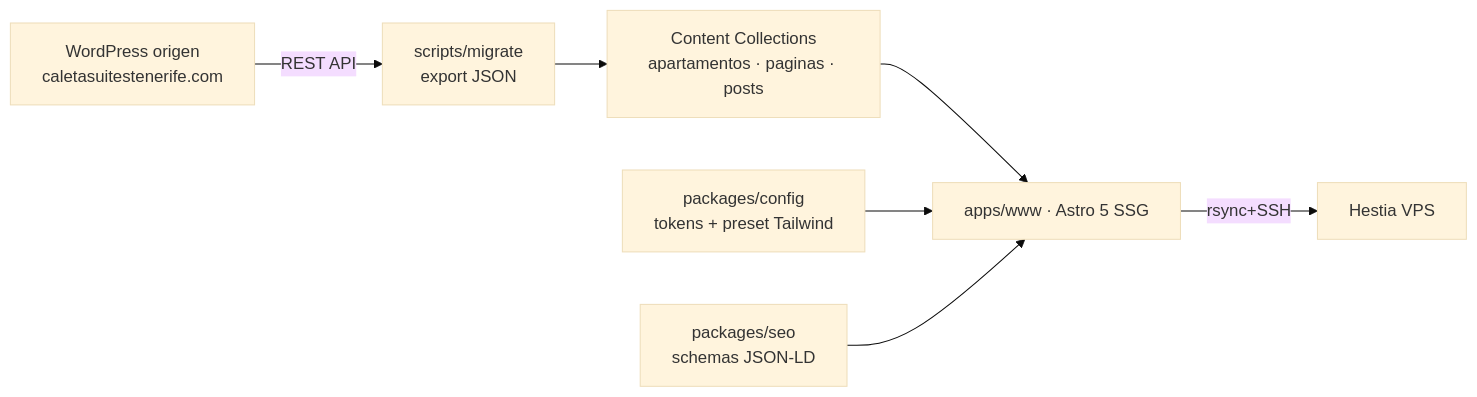
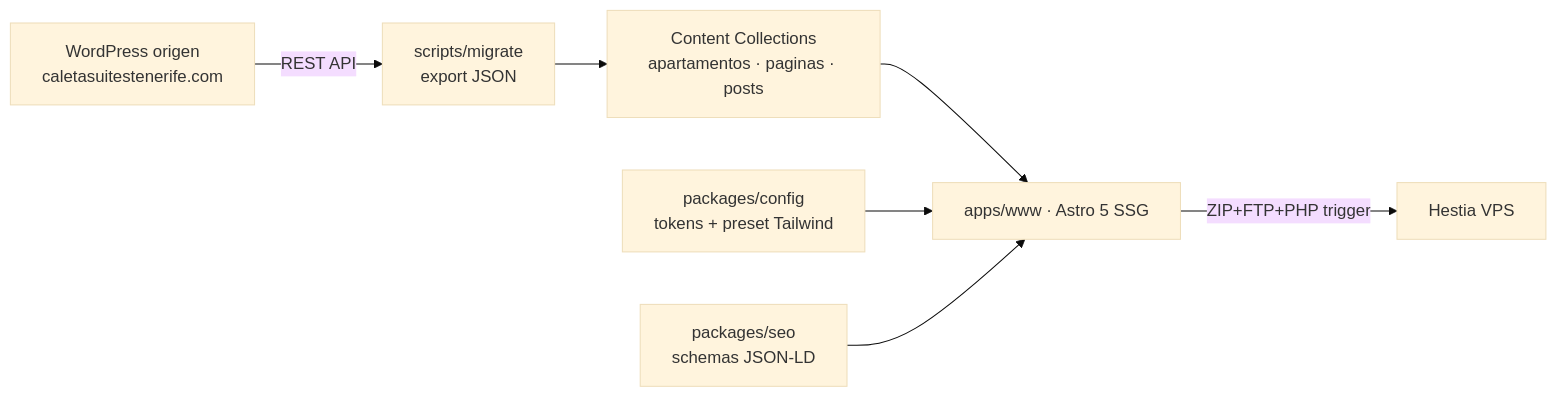
One commit to yapcibello/caletasuites-web changed the diagram in proyecto/arquitectura.md. Above: the diagram before and after it, drawn with Mermaid (base theme). The commit also changed other lines of this file and 15 other files, not shown here.

````diff
--- a/proyecto/arquitectura.md
+++ b/proyecto/arquitectura.md
@@ -7,9 +7,9 @@
 ```mermaid
 graph LR
     WP[WordPress origen<br/>caletasuitestenerife.com] -->|REST API| EXP[scripts/migrate<br/>export JSON]
     EXP --> MDX[Content Collections<br/>apartamentos · paginas · posts]
     MDX --> WWW[apps/www · Astro 5 SSG]
     CFG[packages/config<br/>tokens + preset Tailwind] --> WWW
     SEO[packages/seo<br/>schemas JSON-LD] --> WWW
-    WWW -->|rsync+SSH| VPS[Hestia VPS]
+    WWW -->|ZIP+FTP+PHP trigger| VPS[Hestia VPS]
 ```
````
